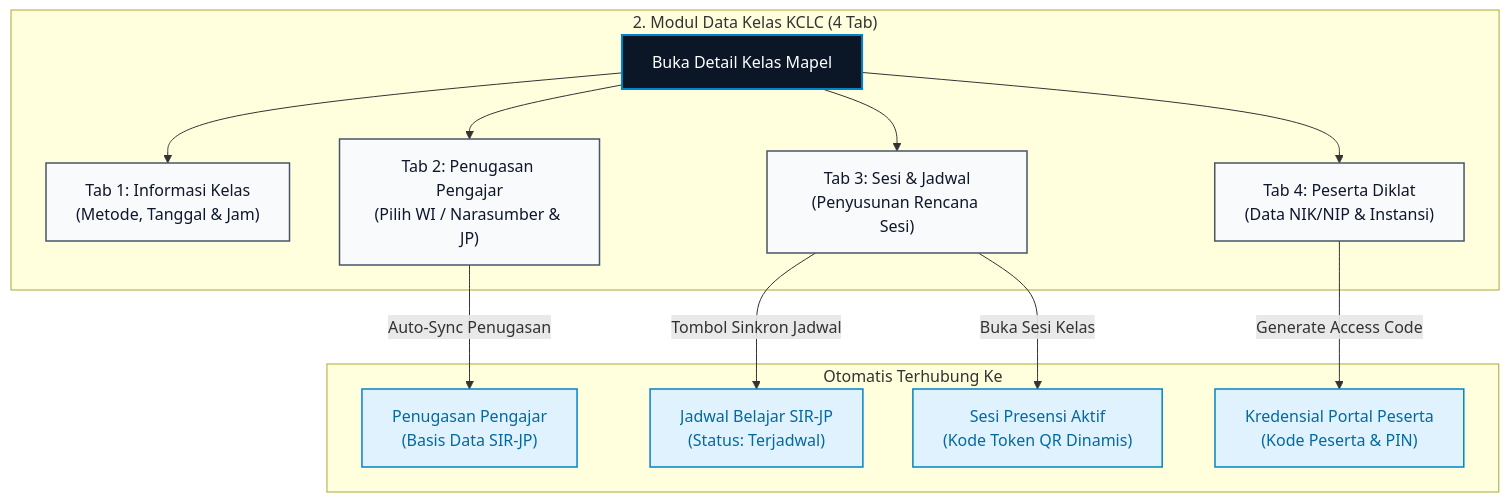
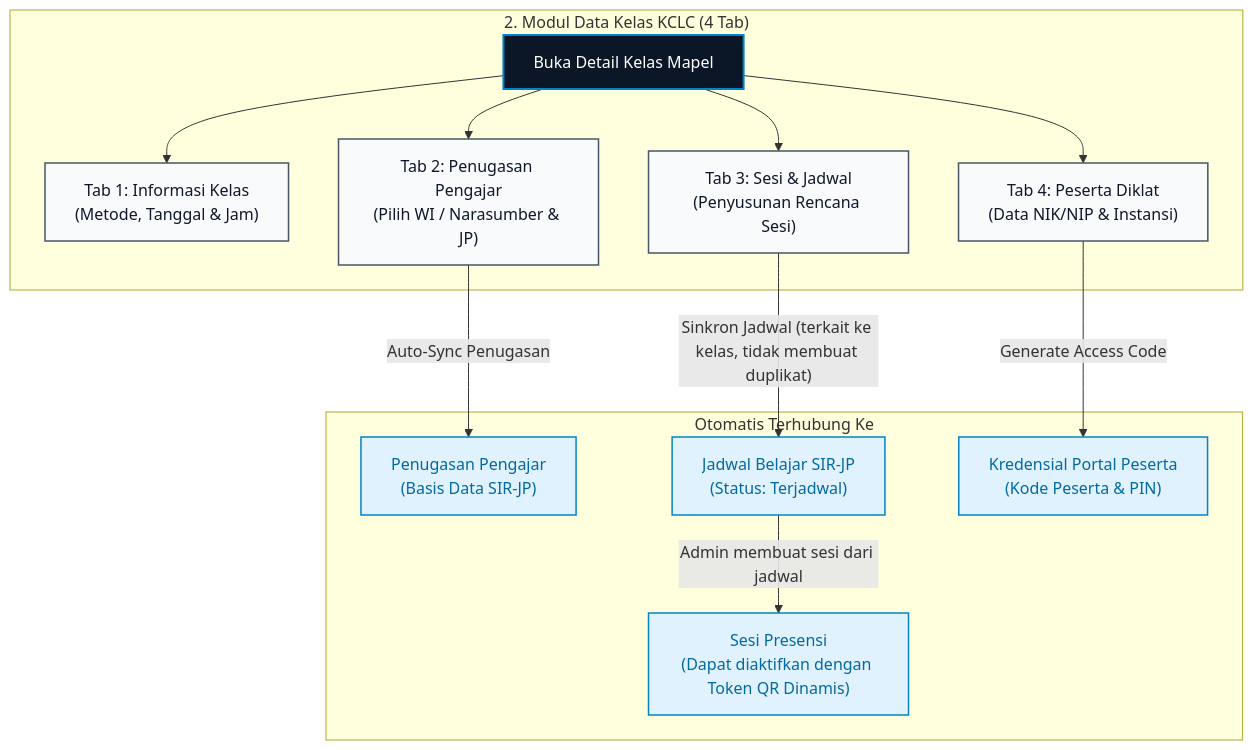
The second of 5 diagrams in docs/DIAGRAM_ALUR_SISTEM.md (akhmadrizaldy74/SIR-JP), drawn with Mermaid before and after one commit. The commit also changed 19 other files, not shown here.

````diff
--- a/docs/DIAGRAM_ALUR_SISTEM.md
+++ b/docs/DIAGRAM_ALUR_SISTEM.md
@@ -37,24 +37,24 @@
 ```mermaid
 flowchart TD
     subgraph Data_Kelas ["2. Modul Data Kelas KCLC (4 Tab)"]
         K["Buka Detail Kelas Mapel"] --> T1["Tab 1: Informasi Kelas<br/>(Metode, Tanggal & Jam)"]
         K --> T2["Tab 2: Penugasan Pengajar<br/>(Pilih WI / Narasumber & JP)"]
         K --> T3["Tab 3: Sesi & Jadwal<br/>(Penyusunan Rencana Sesi)"]
         K --> T4["Tab 4: Peserta Diklat<br/>(Data NIK/NIP & Instansi)"]
     end
 
     subgraph Auto_Sync ["Otomatis Terhubung Ke"]
         T2 -->|"Auto-Sync Penugasan"| S1["Penugasan Pengajar<br/>(Basis Data SIR-JP)"]
-        T3 -->|"Tombol Sinkron Jadwal"| S2["Jadwal Belajar SIR-JP<br/>(Status: Terjadwal)"]
-        T3 -->|"Buka Sesi Kelas"| S3["Sesi Presensi Aktif<br/>(Kode Token QR Dinamis)"]
+        T3 -->|"Sinkron Jadwal (terkait ke kelas, tidak membuat duplikat)"| S2["Jadwal Belajar SIR-JP<br/>(Status: Terjadwal)"]
+        S2 -->|"Admin membuat sesi dari jadwal"| S3["Sesi Presensi<br/>(Dapat diaktifkan dengan Token QR Dinamis)"]
         T4 -->|"Generate Access Code"| S4["Kredensial Portal Peserta<br/>(Kode Peserta & PIN)"]
     end
 
     classDef mainNode fill:#0B1727,stroke:#0284C7,stroke-width:2px,color:#fff;
     classDef tabNode fill:#F8FAFC,stroke:#475569,stroke-width:1.5px,color:#0F172A;
     classDef targetNode fill:#E0F2FE,stroke:#0284C7,stroke-width:1.5px,color:#0369A1;
 
     class K mainNode;
     class T1,T2,T3,T4 tabNode;
     class S1,S2,S3,S4 targetNode;
 ```
````
